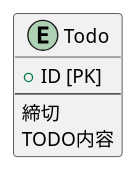
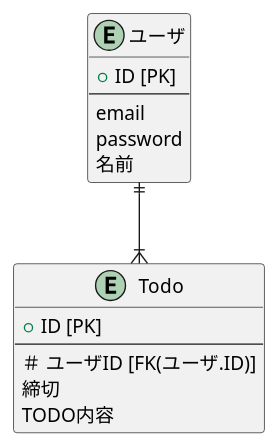
One commit to hirac1220/go-clean-architecture changed the diagram in docs/er.md. Above: the diagram before and after it, drawn with PlantUML. The commit also changed 16 other files, not shown here.

````diff
--- a/docs/er.md
+++ b/docs/er.md
@@ -1,12 +1,24 @@
 ```uml
 @startuml
+' ユーザのリソース
+entity ユーザ {
+    + ID [PK]
+    --
+    email
+    password
+    名前
+}
+
 ' Todoのリソース
 entity Todo {
     + ID [PK]
     --
+    ＃ ユーザID [FK(ユーザ.ID)]
     締切
     TODO内容
 }
 
+ユーザ||--|{Todo
+
 @enduml
 ```
````
